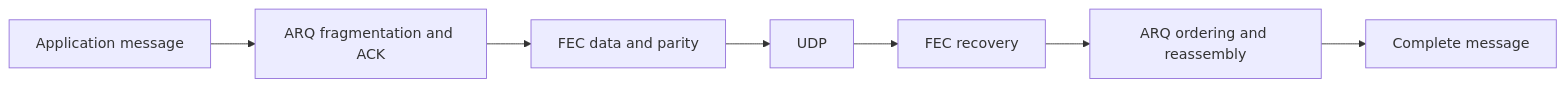
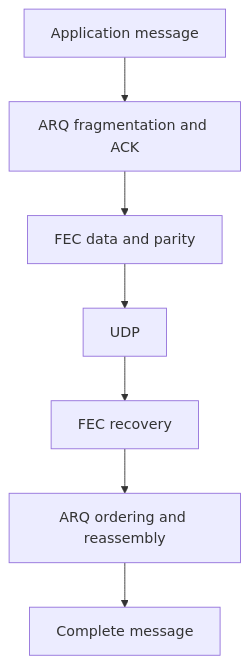
The diagram in docs/features/rudp/fec.md (OpenArkStudio/arknet), drawn with Mermaid before and after one commit. The commit also changed 37 other files, not shown here.

````diff
--- a/docs/features/rudp/fec.md
+++ b/docs/features/rudp/fec.md
@@ -8,9 +8,9 @@
 ```mermaid
-flowchart LR
+flowchart TB
     A[Application message] --> B[ARQ fragmentation and ACK]
     B --> C[FEC data and parity]
     C --> D[UDP]
     D --> E[FEC recovery]
     E --> F[ARQ ordering and reassembly]
     F --> G[Complete message]
 ```
````
